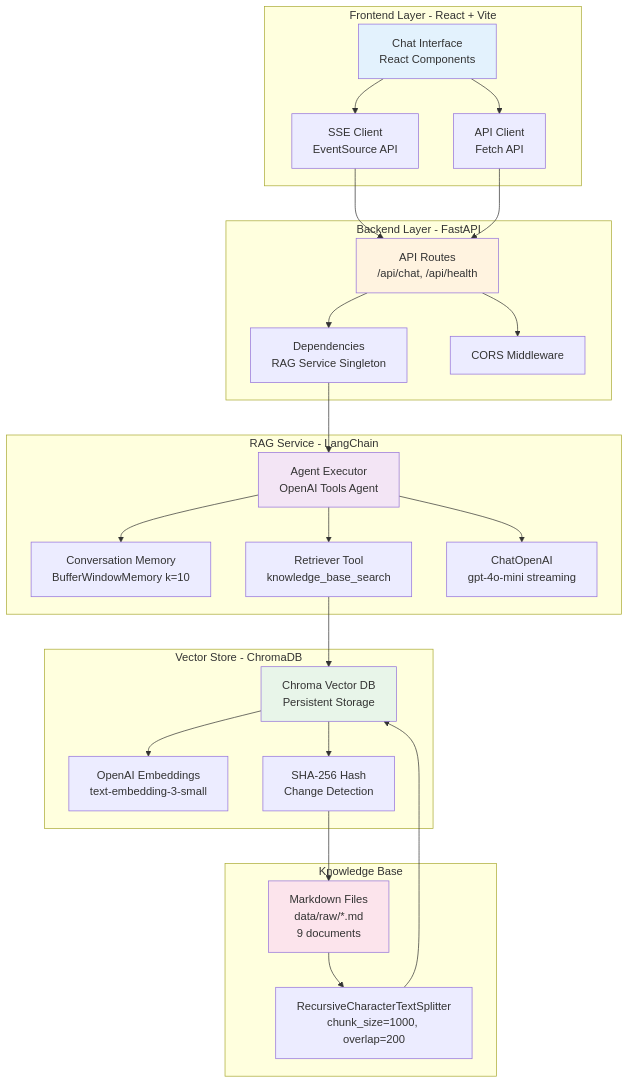
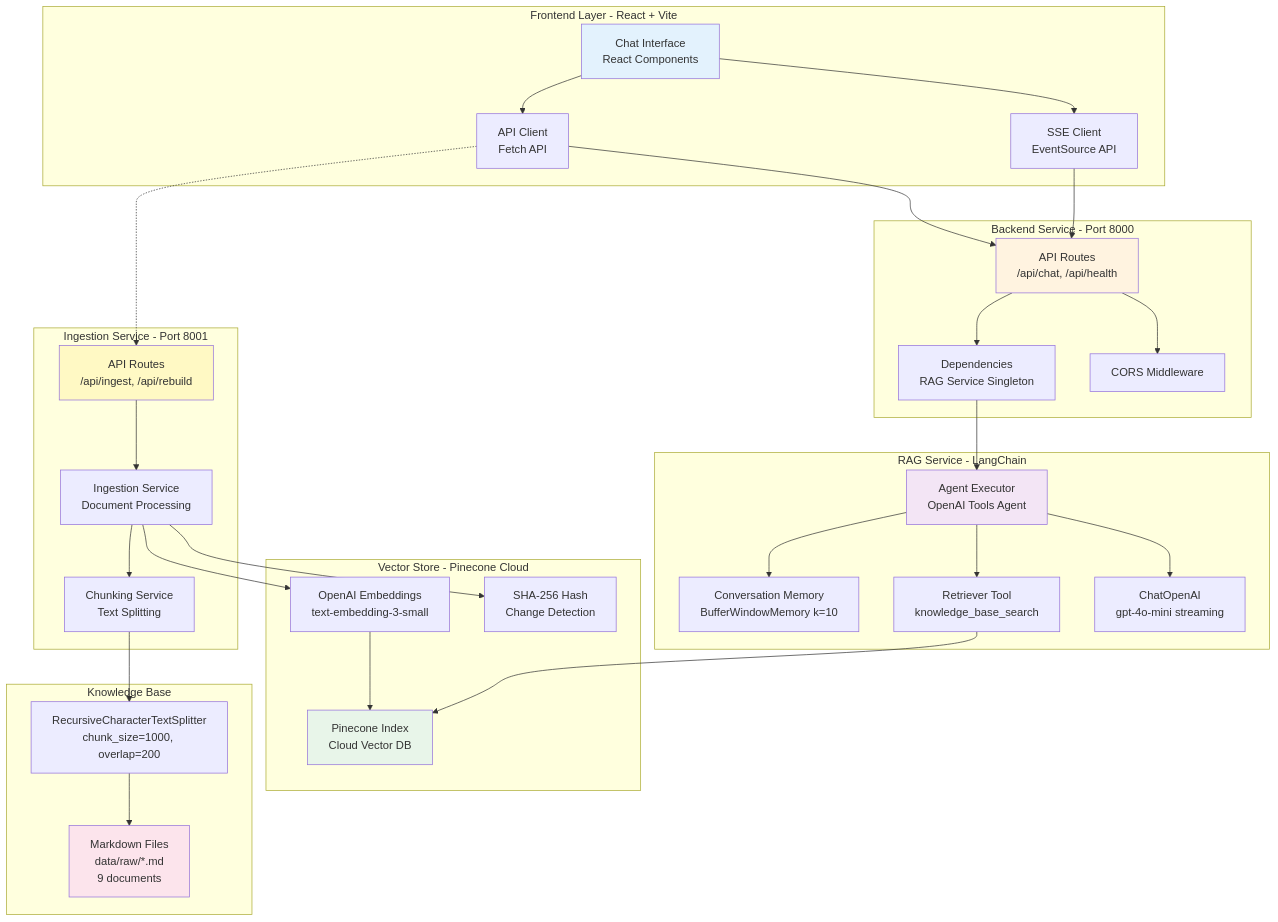
Before and after one commit to NinobraV/knowra-onboarding-agent: the first of 9 diagrams in README.md, drawn with Mermaid. The commit also changed other lines of this file and 22 other files, not shown here.

Commit message:
feat: separate data ingestion into dedicated service

````diff
--- a/README.md
+++ b/README.md
@@ -60,55 +64,66 @@
 ```mermaid
 graph TB
     subgraph "Frontend Layer - React + Vite"
         UI[Chat Interface<br/>React Components]
         SSE[SSE Client<br/>EventSource API]
         API_CLIENT[API Client<br/>Fetch API]
     end
     
-    subgraph "Backend Layer - FastAPI"
+    subgraph "Backend Service - Port 8000"
         ROUTES[API Routes<br/>/api/chat, /api/health]
         DEPS[Dependencies<br/>RAG Service Singleton]
         CORS[CORS Middleware]
+    end
+    
+    subgraph "Ingestion Service - Port 8001"
+        ING_ROUTES[API Routes<br/>/api/ingest, /api/rebuild]
+        ING_SERVICE[Ingestion Service<br/>Document Processing]
+        CHUNK_SVC[Chunking Service<br/>Text Splitting]
     end
     
     subgraph "RAG Service - LangChain"
         AGENT[Agent Executor<br/>OpenAI Tools Agent]
         MEMORY[Conversation Memory<br/>BufferWindowMemory k=10]
         TOOL[Retriever Tool<br/>knowledge_base_search]
         LLM[ChatOpenAI<br/>gpt-4o-mini streaming]
     end
     
-    subgraph "Vector Store - ChromaDB"
-        CHROMA[Chroma Vector DB<br/>Persistent Storage]
+    subgraph "Vector Store - Pinecone Cloud"
+        PINECONE[Pinecone Index<br/>Cloud Vector DB]
         EMBED[OpenAI Embeddings<br/>text-embedding-3-small]
         HASH[SHA-256 Hash<br/>Change Detection]
     end
     
     subgraph "Knowledge Base"
         MD[Markdown Files<br/>data/raw/*.md<br/>9 documents]
         SPLITTER[RecursiveCharacterTextSplitter<br/>chunk_size=1000, overlap=200]
     end
     
     UI --> SSE
     UI --> API_CLIENT
     SSE --> ROUTES
     API_CLIENT --> ROUTES
+    API_CLIENT -.-> ING_ROUTES
     ROUTES --> CORS
     ROUTES --> DEPS
     DEPS --> AGENT
     AGENT --> MEMORY
     AGENT --> TOOL
     AGENT --> LLM
-    TOOL --> CHROMA
-    CHROMA --> EMBED
-    CHROMA --> HASH
-    HASH --> MD
-    MD --> SPLITTER
-    SPLITTER --> CHROMA
+    TOOL --> PINECONE
+    
+    ING_ROUTES --> ING_SERVICE
+    ING_SERVICE --> CHUNK_SVC
+    CHUNK_SVC --> SPLITTER
+    SPLITTER --> MD
+    ING_SERVICE --> EMBED
+    EMBED --> PINECONE
+    ING_SERVICE --> HASH
     
     style UI fill:#e3f2fd
     style ROUTES fill:#fff3e0
+    style ING_ROUTES fill:#fff9c4
     style AGENT fill:#f3e5f5
-    style CHROMA fill:#e8f5e9
+    style PINECONE fill:#e8f5e9
     style MD fill:#fce4ec
 ```
````
